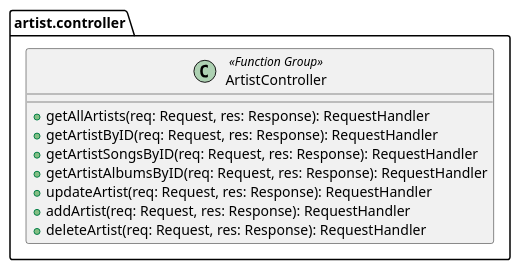
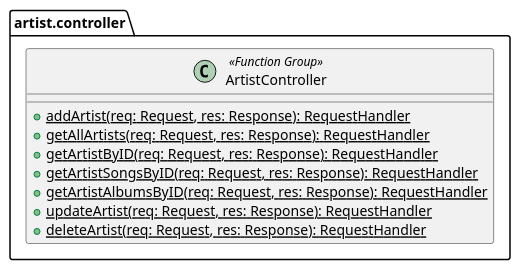
One commit to MusikStreaming/MusikStreamingBE changed the diagram in diagrams/packages/controllers/artist.puml. Above: the diagram before and after it, drawn with PlantUML. The commit also changed 8 other files, not shown here.

Commit message:
[UPDATE]: Drawing diagrams... Ugh

```diff
--- a/diagrams/packages/controllers/artist.puml
+++ b/diagrams/packages/controllers/artist.puml
@@ -1,16 +1,16 @@
 @startuml
 
 set separator none
 package artist.controller {
     class ArtistController <<Function Group>> {
-        + getAllArtists(req: Request, res: Response): RequestHandler
-        + getArtistByID(req: Request, res: Response): RequestHandler
-        + getArtistSongsByID(req: Request, res: Response): RequestHandler
-        + getArtistAlbumsByID(req: Request, res: Response): RequestHandler
-        + updateArtist(req: Request, res: Response): RequestHandler
-        + addArtist(req: Request, res: Response): RequestHandler
-        + deleteArtist(req: Request, res: Response): RequestHandler
+        + {static} addArtist(req: Request, res: Response): RequestHandler
+        + {static} getAllArtists(req: Request, res: Response): RequestHandler
+        + {static} getArtistByID(req: Request, res: Response): RequestHandler
+        + {static} getArtistSongsByID(req: Request, res: Response): RequestHandler
+        + {static} getArtistAlbumsByID(req: Request, res: Response): RequestHandler
+        + {static} updateArtist(req: Request, res: Response): RequestHandler
+        + {static} deleteArtist(req: Request, res: Response): RequestHandler
     }
 }
 
 @enduml
```
